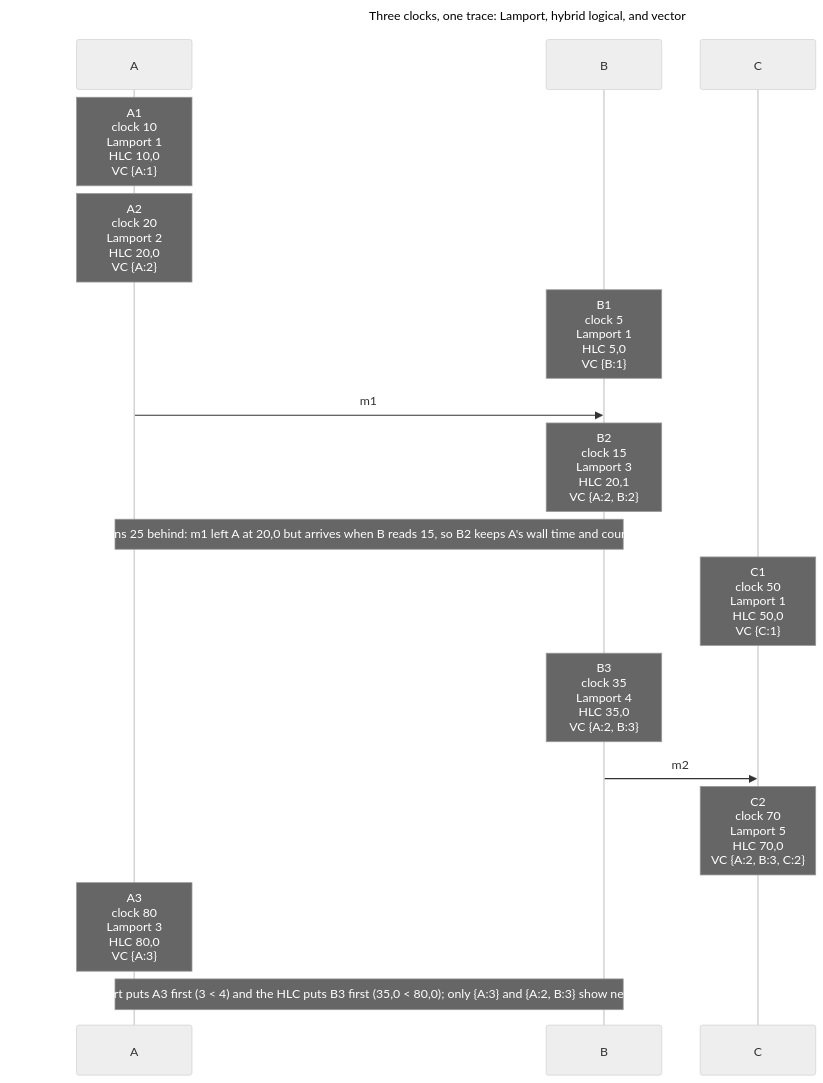
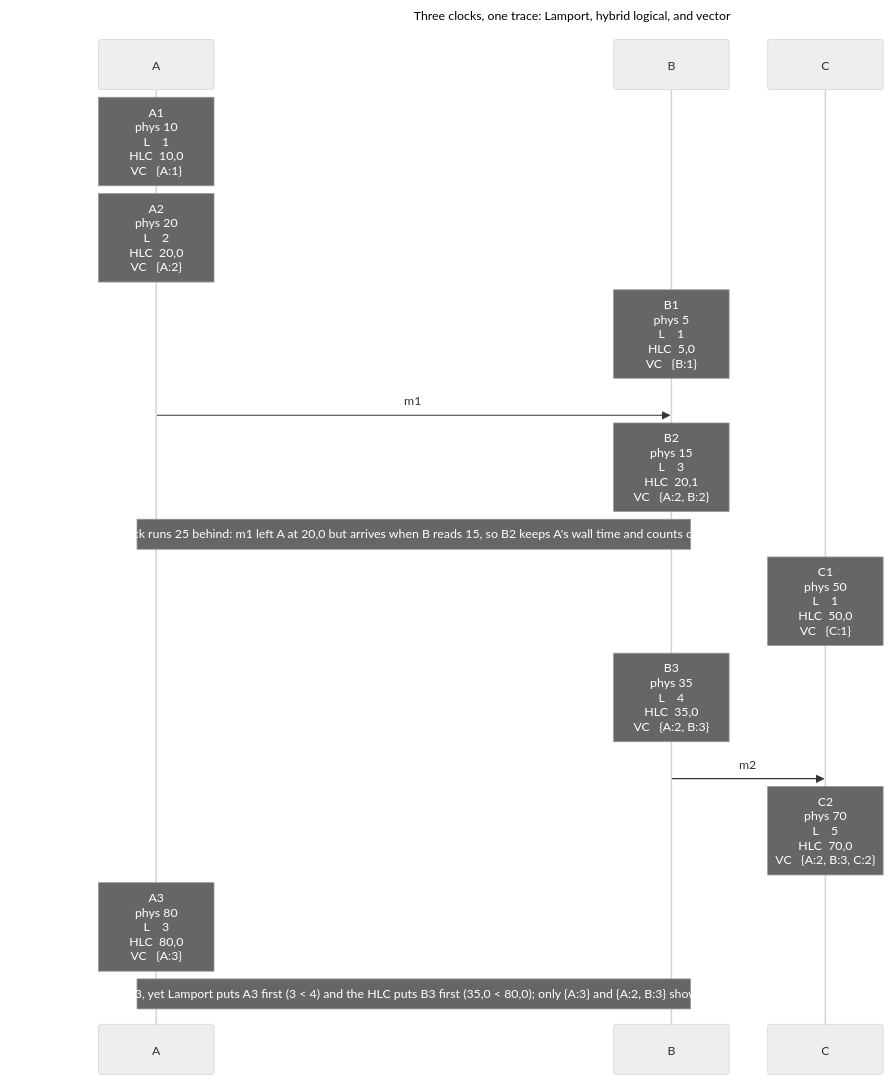
The diagram in figures/clock-comparison.mmd (sploiselle/rust-algs), drawn with Mermaid (neutral theme) before and after one commit. The commit also changed 24 other files, not shown here.

```diff
--- a/figures/clock-comparison.mmd
+++ b/figures/clock-comparison.mmd
@@ -1,19 +1,19 @@
 ---
 title: "Three clocks, one trace: Lamport, hybrid logical, and vector"
 ---
 sequenceDiagram
     participant L0 as A
     participant L1 as B
     participant L2 as C
-    Note over L0: A1<br/>clock 10<br/>Lamport 1<br/>HLC 10,0<br/>VC {A:1}
-    Note over L0: A2<br/>clock 20<br/>Lamport 2<br/>HLC 20,0<br/>VC {A:2}
-    Note over L1: B1<br/>clock 5<br/>Lamport 1<br/>HLC 5,0<br/>VC {B:1}
+    Note over L0: A1<br/>phys 10<br/>L    1<br/>HLC  10,0<br/>VC   {A:1}
+    Note over L0: A2<br/>phys 20<br/>L    2<br/>HLC  20,0<br/>VC   {A:2}
+    Note over L1: B1<br/>phys 5<br/>L    1<br/>HLC  5,0<br/>VC   {B:1}
     L0->>L1: m1
-    Note over L1: B2<br/>clock 15<br/>Lamport 3<br/>HLC 20,1<br/>VC {A:2, B:2}
+    Note over L1: B2<br/>phys 15<br/>L    3<br/>HLC  20,1<br/>VC   {A:2, B:2}
     Note over L0,L1: B's clock runs 25 behind: m1 left A at 20,0 but arrives when B reads 15, so B2 keeps A's wall time and counts on: 20,1
-    Note over L2: C1<br/>clock 50<br/>Lamport 1<br/>HLC 50,0<br/>VC {C:1}
-    Note over L1: B3<br/>clock 35<br/>Lamport 4<br/>HLC 35,0<br/>VC {A:2, B:3}
+    Note over L2: C1<br/>phys 50<br/>L    1<br/>HLC  50,0<br/>VC   {C:1}
+    Note over L1: B3<br/>phys 35<br/>L    4<br/>HLC  35,0<br/>VC   {A:2, B:3}
     L1->>L2: m2
-    Note over L2: C2<br/>clock 70<br/>Lamport 5<br/>HLC 70,0<br/>VC {A:2, B:3, C:2}
-    Note over L0: A3<br/>clock 80<br/>Lamport 3<br/>HLC 80,0<br/>VC {A:3}
-    Note over L0,L1: A3 ∥ B3, yet Lamport puts A3 first (3 #60; 4) and the HLC puts B3 first (35,0 #60; 80,0)#59; only {A:3} and {A:2, B:3} show neither happened first
+    Note over L2: C2<br/>phys 70<br/>L    5<br/>HLC  70,0<br/>VC   {A:2, B:3, C:2}
+    Note over L0: A3<br/>phys 80<br/>L    3<br/>HLC  80,0<br/>VC   {A:3}
+    Note over L0,L1: A3 is concurrent with B3, yet Lamport puts A3 first (3 #60; 4) and the HLC puts B3 first (35,0 #60; 80,0)#59; only {A:3} and {A:2, B:3} show neither happened first
```
